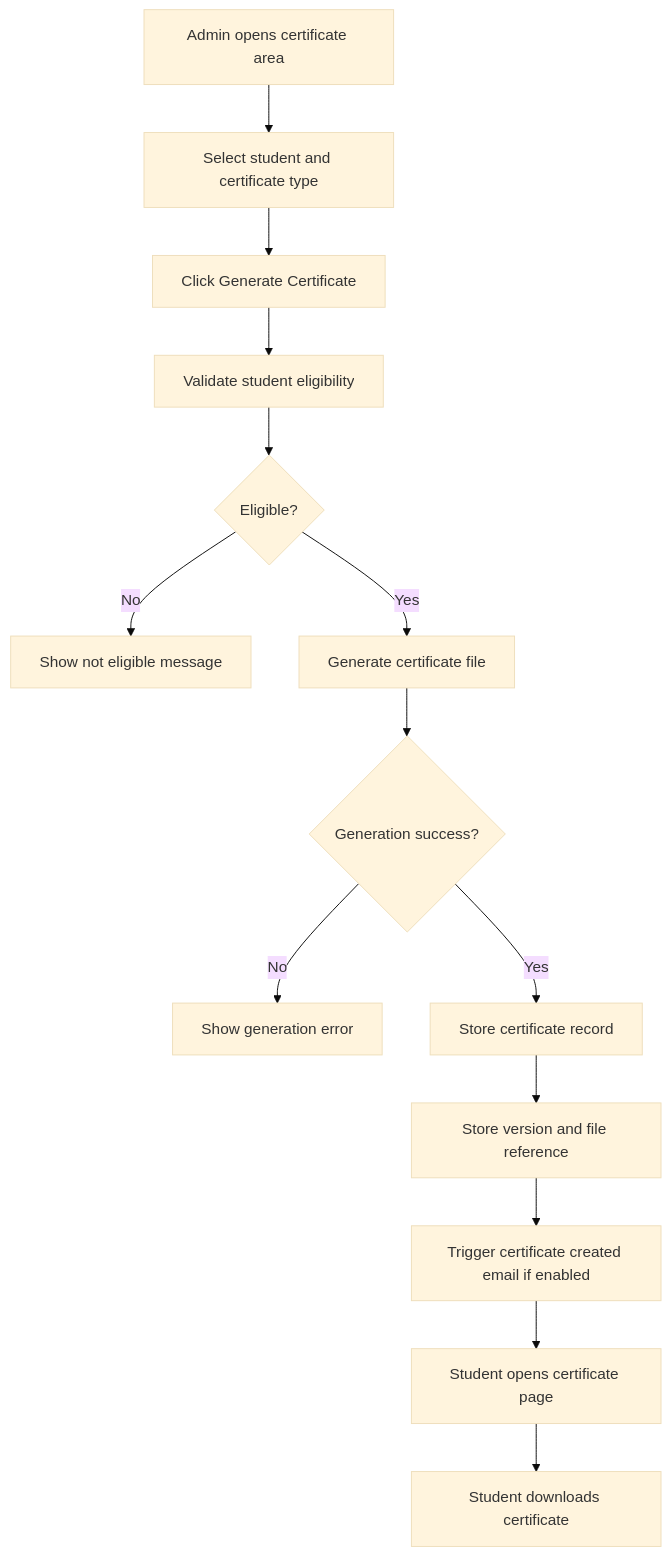
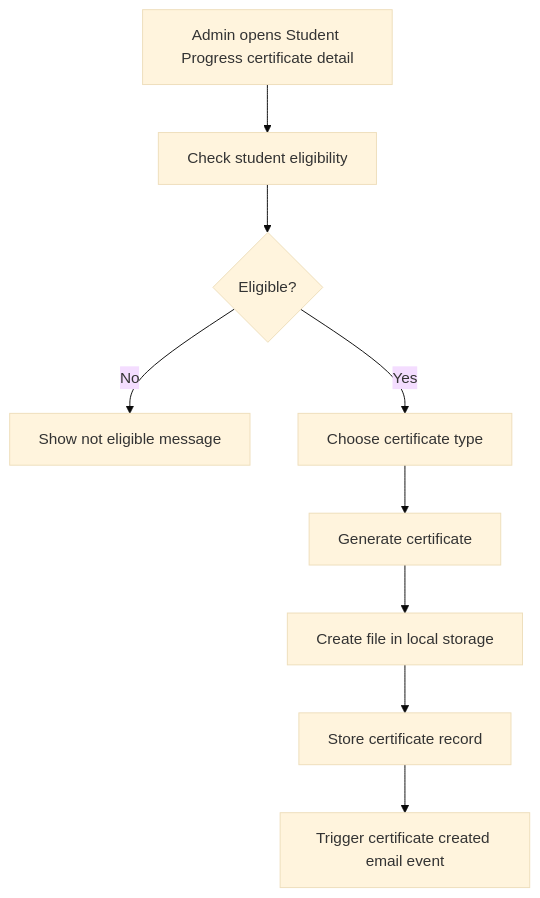
The diagram in docs/mermaid/certificate-flow.mmd (weslyambaritaa/YogaFX-Learning-Management-System-Web), drawn with Mermaid (base theme) before and after one commit. The commit also changed 44 other files, not shown here.

Commit message:
docs: refresh project documentation, flows, and diagrams as source of truth

```diff
--- a/docs/mermaid/certificate-flow.mmd
+++ b/docs/mermaid/certificate-flow.mmd
@@ -1,14 +1,9 @@
 flowchart TD
-    A[Admin opens certificate area] --> B[Select student and certificate type]
-    B --> C[Click Generate Certificate]
-    C --> D[Validate student eligibility]
-    D --> E{Eligible?}
-    E -->|No| F[Show not eligible message]
-    E -->|Yes| G[Generate certificate file]
-    G --> H{Generation success?}
-    H -->|No| I[Show generation error]
-    H -->|Yes| J[Store certificate record]
-    J --> K[Store version and file reference]
-    K --> L[Trigger certificate created email if enabled]
-    L --> M[Student opens certificate page]
-    M --> N[Student downloads certificate]
+    A[Admin opens Student Progress certificate detail] --> B[Check student eligibility]
+    B --> C{Eligible?}
+    C -->|No| D[Show not eligible message]
+    C -->|Yes| E[Choose certificate type]
+    E --> F[Generate certificate]
+    F --> G[Create file in local storage]
+    G --> H[Store certificate record]
+    H --> I[Trigger certificate created email event]
```
